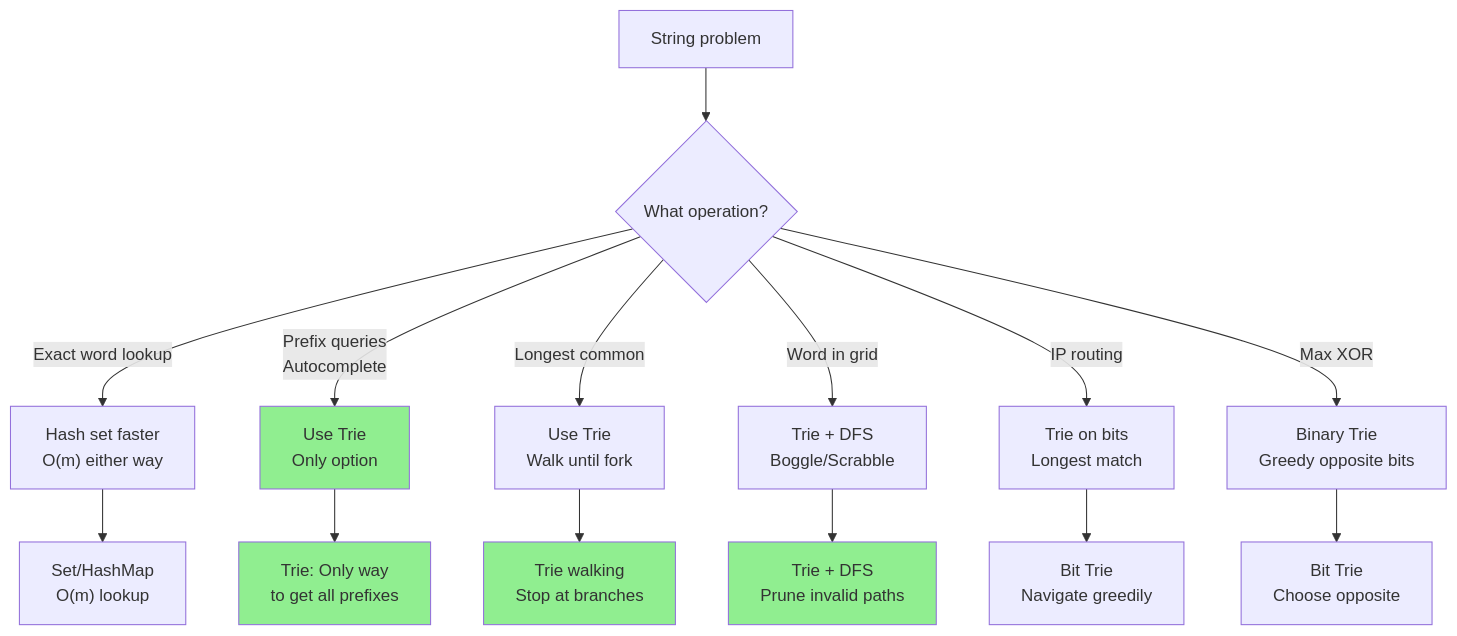
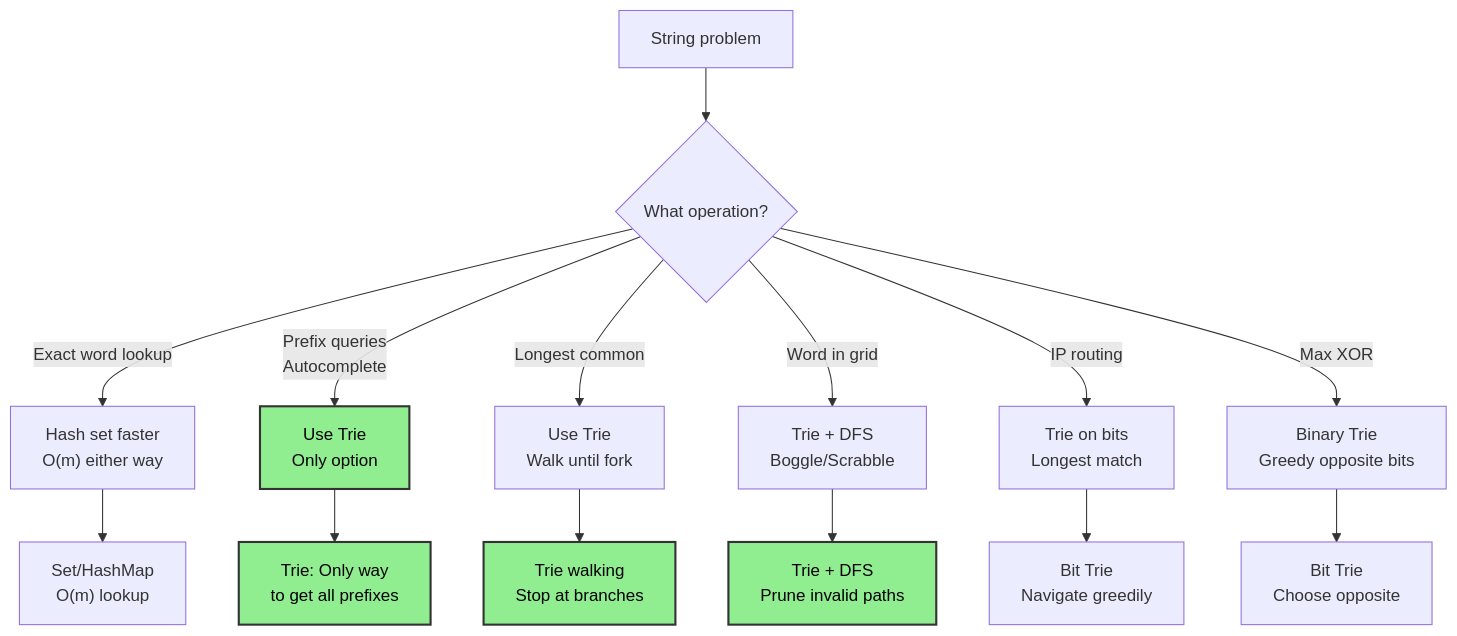
One commit to souradeepta/interviewprep changed the first of 4 diagrams in docs/advanced/trie.md. Above: the diagram before and after it, drawn with Mermaid. The commit also changed other lines of this file and 31 other files, not shown here.

Commit message:
updated graphs

````diff
--- a/docs/advanced/trie.md
+++ b/docs/advanced/trie.md
@@ -21,23 +21,23 @@
 ```mermaid
 graph TD
     A["String problem"] --> B{"What operation?"}
     
     B -->|Exact word lookup| C["Hash set faster<br/>O(m) either way"]
     B -->|Prefix queries<br/>Autocomplete| D["Use Trie<br/>Only option"]
     B -->|Longest common| E["Use Trie<br/>Walk until fork"]
     B -->|Word in grid| F["Trie + DFS<br/>Boggle/Scrabble"]
     B -->|IP routing| G["Trie on bits<br/>Longest match"]
     B -->|Max XOR| H["Binary Trie<br/>Greedy opposite bits"]
     
     C --> I["Set/HashMap<br/>O(m) lookup"]
     D --> J["Trie: Only way<br/>to get all prefixes"]
     E --> K["Trie walking<br/>Stop at branches"]
     F --> L["Trie + DFS<br/>Prune invalid paths"]
     G --> M["Bit Trie<br/>Navigate greedily"]
     H --> N["Bit Trie<br/>Choose opposite"]
     
-    style D fill:#90EE90
-    style J fill:#90EE90
-    style K fill:#90EE90
-    style L fill:#90EE90
+    style D fill:#90ee90,color:#000,stroke:#333,stroke-width:2px
+    style J fill:#90ee90,color:#000,stroke:#333,stroke-width:2px
+    style K fill:#90ee90,color:#000,stroke:#333,stroke-width:2px
+    style L fill:#90ee90,color:#000,stroke:#333,stroke-width:2px
 ```
````
